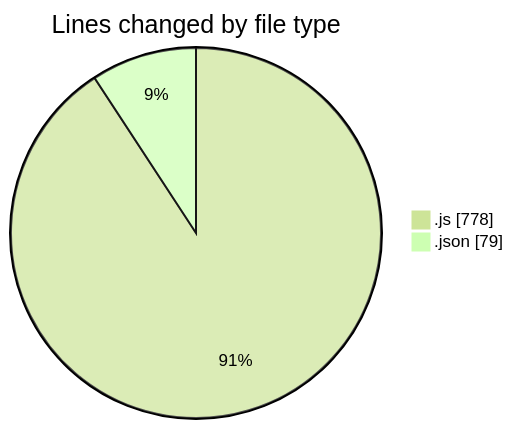
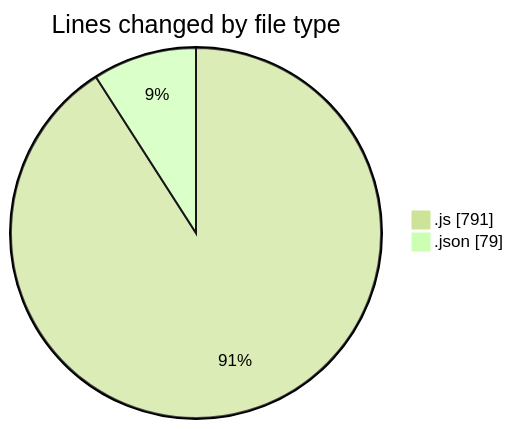
The first of 2 diagrams in 2025-01-31/cda/README.md (momahboobian/code-tracking), drawn with Mermaid (forest theme) before and after one commit. The commit also changed other lines of this file and 1 other file, not shown here.

````diff
--- a/2025-01-31/cda/README.md
+++ b/2025-01-31/cda/README.md
@@ -26,6 +26,6 @@
 ```mermaid
 pie showData
 title Lines changed by file type
-".js" : 778
+".js" : 791
 ".json" : 79
 ```
````
